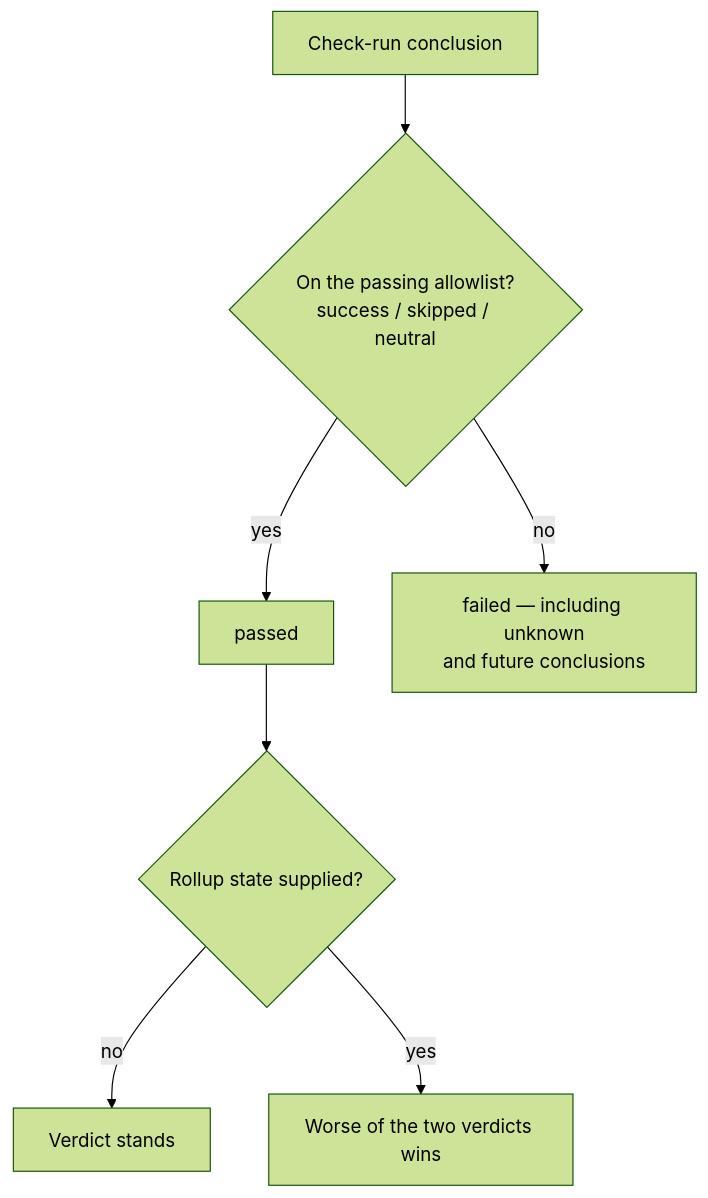
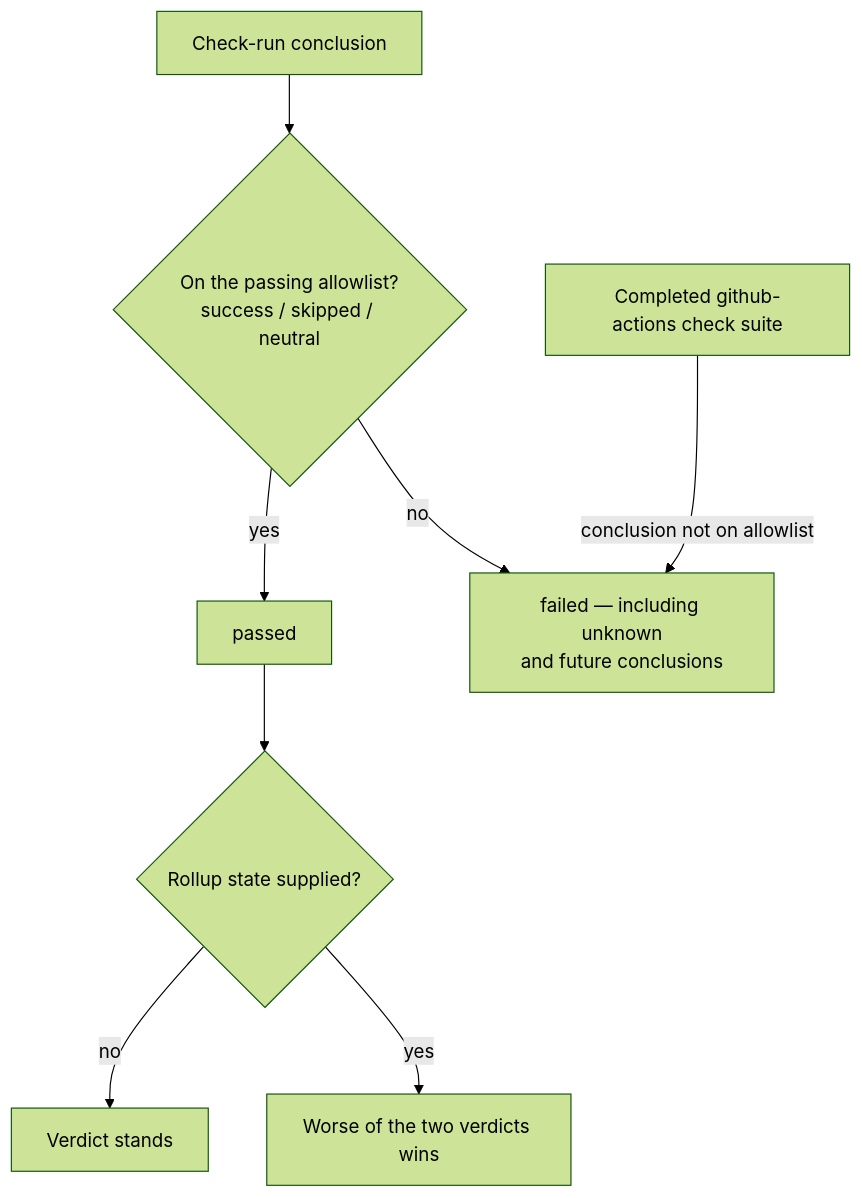
One commit to stSoftwareAU/VibeCoder changed the fourth of 10 diagrams in docs/MERGE.md. Above: the diagram before and after it, drawn with Mermaid (forest theme). The commit also changed other lines of this file and 20 other files, not shown here.

````diff
--- a/docs/MERGE.md
+++ b/docs/MERGE.md
@@ -311,9 +321,10 @@
 ```mermaid
 flowchart TD
     A[Check-run conclusion] --> B{On the passing allowlist?<br/>success / skipped / neutral}
     B -- yes --> C[passed]
     B -- no --> D[failed — including unknown<br/>and future conclusions]
+    S[Completed github-actions check suite] -- conclusion not on allowlist --> D
     C --> E{Rollup state supplied?}
     E -- no --> F[Verdict stands]
     E -- yes --> G[Worse of the two verdicts wins]
 ```
````
